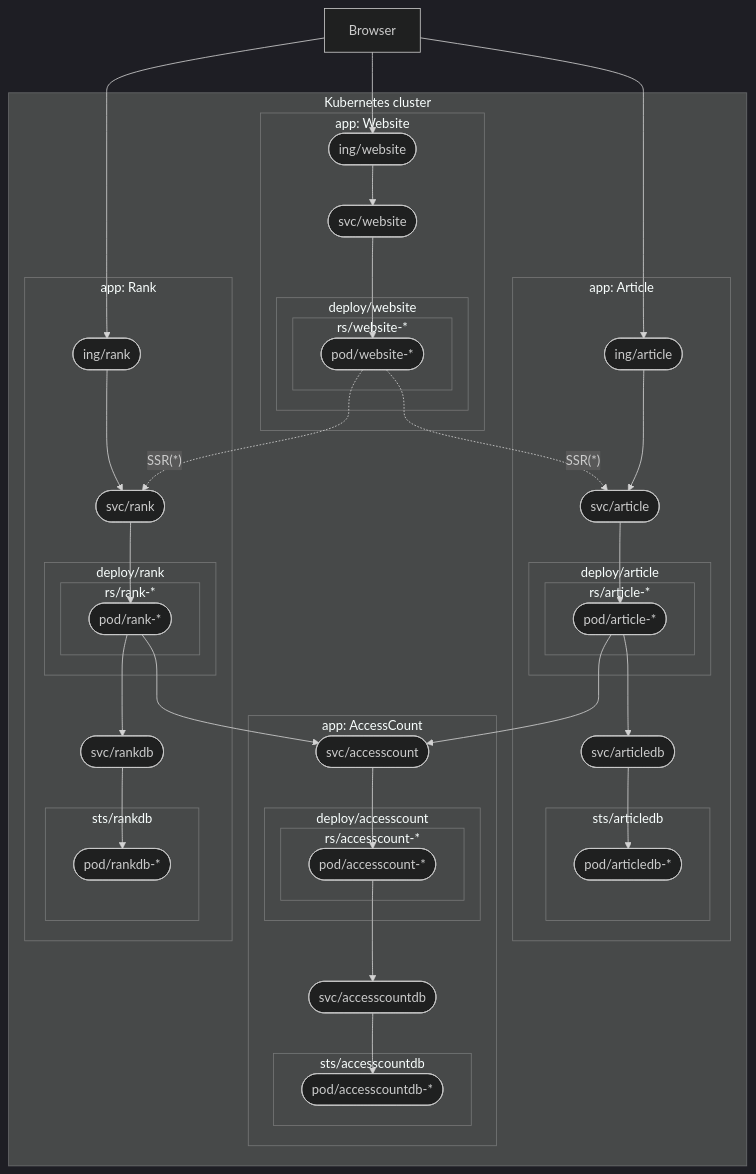
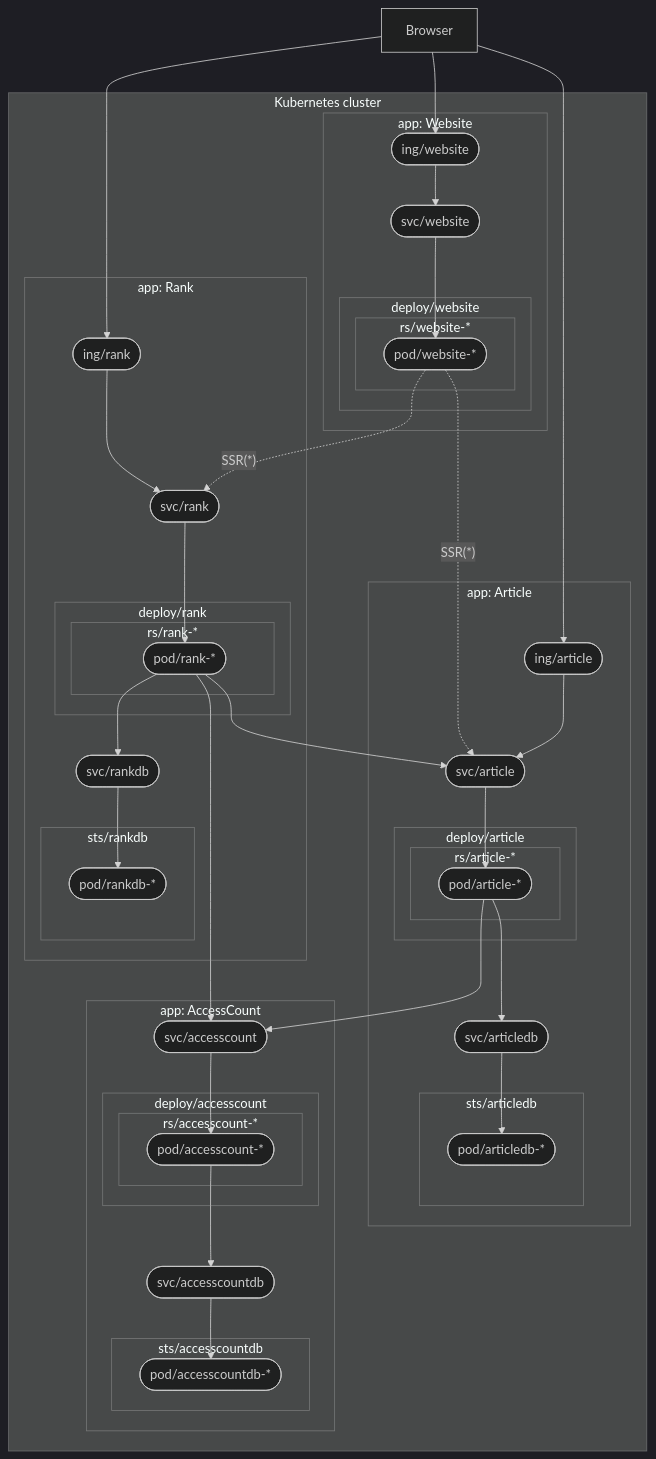
One commit to satooooshi/kubernetes-sample1 changed the second of 2 diagrams in README.md. Above: the diagram before and after it, drawn with Mermaid (dark theme). The commit also changed other lines of this file, not shown here.

````diff
--- a/README.md
+++ b/README.md
@@ -50,63 +51,64 @@
 ```mermaid
 %% こういう、Kubernetesリソースを意識した図もあったほうがよさそう
 graph TD
   browser[Browser] --> articleIng
   browser --> rankIng
   browser --> websiteIng
   subgraph cluster["Kubernetes cluster"]
     articlePod --> accesscountSvc
     rankPod --> accesscountSvc
     websitePod -. "SSR(*)" .-> articleSvc
     subgraph websiteApp["app: Website"]
       websiteIng(["ing/website"]) --> websiteSvc(["svc/website"])
       websiteSvc --> websitePod
       subgraph websiteDeploy["deploy/website"]
         subgraph websiteRs["rs/website-*"]
           websitePod(["pod/website-*"])
         end
       end
     end
     subgraph articleApp["app: Article"]
       articleIng(["ing/article"]) --> articleSvc
       articleSvc(["svc/article"]) --> articlePod
       articlePod --> articleDBSvc
       subgraph articleDeploy["deploy/article"]
         subgraph articleRs["rs/article-*"]
           articlePod(["pod/article-*"])
         end
       end
       articleDBSvc(["svc/articledb"]) --> articleDBPod
       subgraph articleDBSts["sts/articledb"]
         articleDBPod(["pod/articledb-*"])
       end
     end
     subgraph accesscountApp["app: AccessCount"]
       accesscountSvc(["svc/accesscount"]) --> accesscountPod
       accesscountPod --> accesscountDBSvc
       subgraph accesscountDeploy["deploy/accesscount"]
         subgraph accesscountRs["rs/accesscount-*"]
           accesscountPod(["pod/accesscount-*"])
         end
       end
       accesscountDBSvc(["svc/accesscountdb"]) --> accesscountDBPod
       subgraph accesscountDBSts["sts/accesscountdb"]
         accesscountDBPod(["pod/accesscountdb-*"])
       end
     end
     subgraph rankApp["app: Rank"]
       rankIng(["ing/rank"]) --> rankSvc
       rankSvc(["svc/rank"]) --> rankPod
       rankPod --> rankDBSvc
       subgraph rankDeploy["deploy/rank"]
         subgraph rankRs["rs/rank-*"]
           rankPod(["pod/rank-*"])
         end
       end
       rankDBSvc(["svc/rankdb"]) --> rankDBPod
       subgraph rankDBSts["sts/rankdb"]
         rankDBPod(["pod/rankdb-*"])
       end
     end
+    rankPod --> articleSvc
     websitePod -. "SSR(*)" .-> rankSvc
   end
 ```
````
